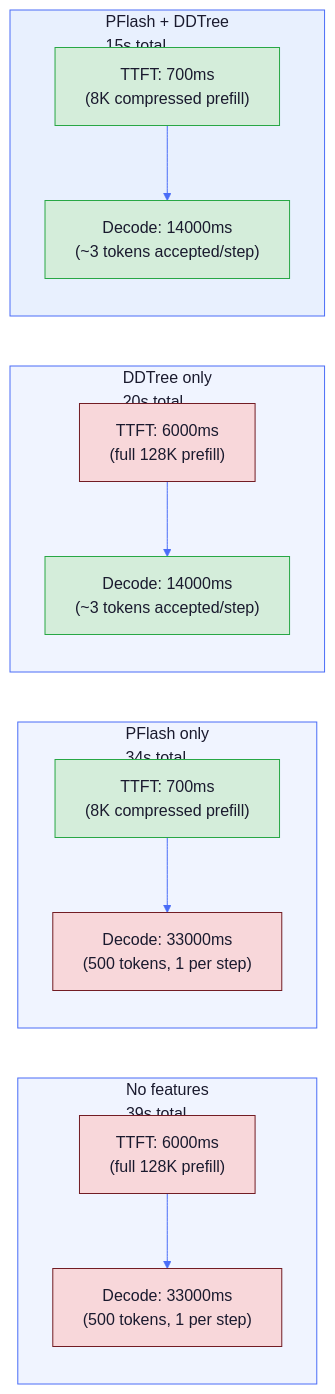
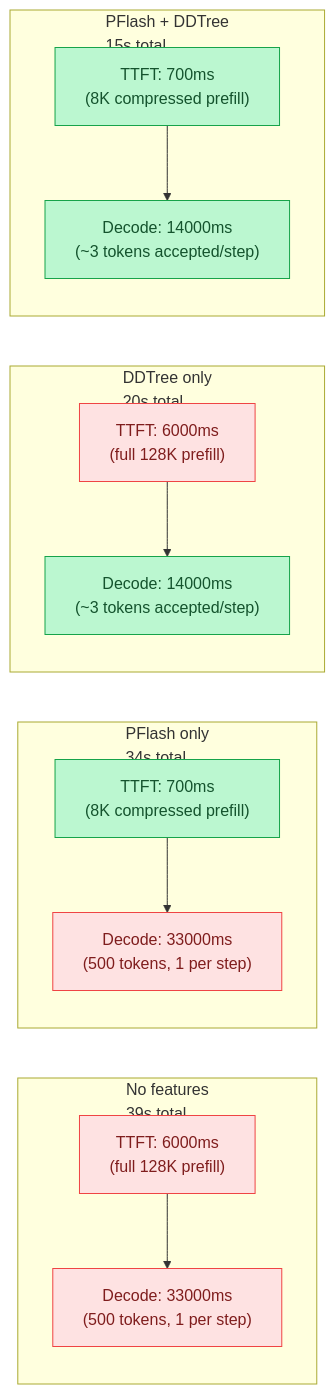
The sixth of 7 diagrams in docs/tutorial/19-pflash-and-block-sparse.md (maci0/agave), drawn with Mermaid before and after one commit. The commit also changed other lines of this file and 24 other files, not shown here.

First line of the commit message:
docs: convert all mermaid diagrams to classDef semantic colors

````diff
--- a/docs/tutorial/19-pflash-and-block-sparse.md
+++ b/docs/tutorial/19-pflash-and-block-sparse.md
@@ -459,50 +451,34 @@
 ```mermaid
-%%{init: {'theme': 'base', 'themeVariables': {
-  'primaryColor': '#e8f0fe',
-  'primaryTextColor': '#1a1a2e',
-  'primaryBorderColor': '#4a6cf7',
-  'lineColor': '#4a6cf7',
-  'secondaryColor': '#f0f4ff',
-  'tertiaryColor': '#f8f9ff',
-  'edgeLabelBackground': '#ffffff',
-  'clusterBkg': '#f0f4ff',
-  'clusterBorder': '#4a6cf7',
-  'titleColor': '#1a1a2e',
-  'nodeTextColor': '#1a1a2e',
-  'fontFamily': 'ui-monospace, SFMono-Regular, monospace'
-}}}%%
 flowchart LR
+    classDef setup     fill:#dbeafe,stroke:#3b82f6,color:#1e3a5f
+    classDef sync      fill:#dcfce7,stroke:#22c55e,color:#14532d
+    classDef migration fill:#fef9c3,stroke:#eab308,color:#713f12
+    classDef success   fill:#bbf7d0,stroke:#16a34a,color:#14532d
+    classDef danger    fill:#fee2e2,stroke:#ef4444,color:#7f1d1d
+    classDef optional  fill:#f3e8ff,stroke:#9333ea,color:#581c87
+
+    B_TTFT["TTFT: 6000ms\n(full 128K prefill)"]:::danger
+    B_DEC["Decode: 33000ms\n(500 tokens, 1 per step)"]:::danger
+    P_TTFT["TTFT: 700ms\n(8K compressed prefill)"]:::success
+    P_DEC["Decode: 33000ms\n(500 tokens, 1 per step)"]:::danger
+    D_TTFT["TTFT: 6000ms\n(full 128K prefill)"]:::danger
+    D_DEC["Decode: 14000ms\n(~3 tokens accepted/step)"]:::success
+    C_TTFT["TTFT: 700ms\n(8K compressed prefill)"]:::success
+    C_DEC["Decode: 14000ms\n(~3 tokens accepted/step)"]:::success
+
     subgraph Baseline["No features\n39s total"]
-        B_TTFT["TTFT: 6000ms\n(full 128K prefill)"]
-        B_DEC["Decode: 33000ms\n(500 tokens, 1 per step)"]
         B_TTFT --> B_DEC
     end
 
     subgraph PFlashOnly["PFlash only\n34s total"]
-        P_TTFT["TTFT: 700ms\n(8K compressed prefill)"]
-        P_DEC["Decode: 33000ms\n(500 tokens, 1 per step)"]
         P_TTFT --> P_DEC
     end
 
     subgraph DDTreeOnly["DDTree only\n20s total"]
-        D_TTFT["TTFT: 6000ms\n(full 128K prefill)"]
-        D_DEC["Decode: 14000ms\n(~3 tokens accepted/step)"]
         D_TTFT --> D_DEC
     end
 
     subgraph Both["PFlash + DDTree\n15s total"]
-        C_TTFT["TTFT: 700ms\n(8K compressed prefill)"]
-        C_DEC["Decode: 14000ms\n(~3 tokens accepted/step)"]
         C_TTFT --> C_DEC
     end
-
-    style B_TTFT fill:#f8d7da,stroke:#721c24
-    style B_DEC fill:#f8d7da,stroke:#721c24
-    style P_TTFT fill:#d4edda,stroke:#28a745
-    style P_DEC fill:#f8d7da,stroke:#721c24
-    style D_TTFT fill:#f8d7da,stroke:#721c24
-    style D_DEC fill:#d4edda,stroke:#28a745
-    style C_TTFT fill:#d4edda,stroke:#28a745
-    style C_DEC fill:#d4edda,stroke:#28a745
-    style Both fill:#e8f0fe,stroke:#4a6cf7
 ```
````
